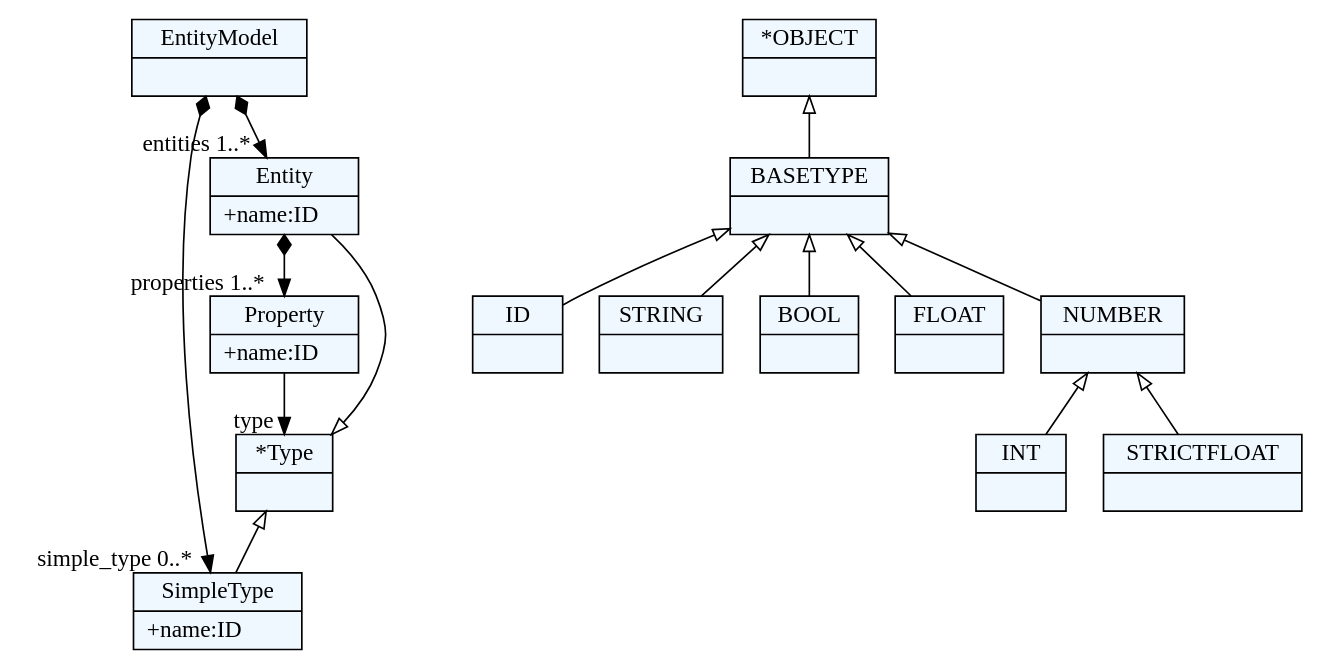
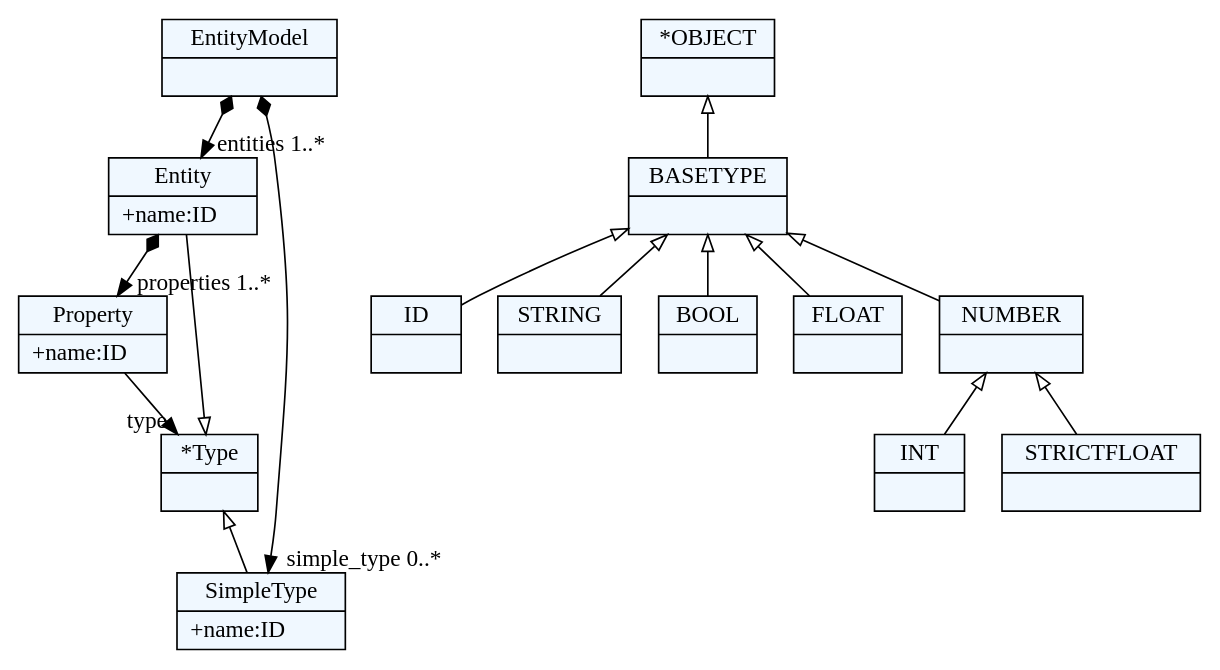
One commit to textX/textX changed the diagram in examples/render_all_grammars/dot/docs_tutorials_entity_entity.dot. Above: the diagram before and after it, drawn with Graphviz. The commit also changed 179 other files, not shown here.

```diff
--- a/examples/render_all_grammars/dot/docs_tutorials_entity_entity.dot
+++ b/examples/render_all_grammars/dot/docs_tutorials_entity_entity.dot
@@ -1,57 +1,59 @@
 
     digraph xtext {
     fontname = "Bitstream Vera Sans"
     fontsize = 8
     node[
         shape=record,
         style=filled,
         fillcolor=aliceblue
     ]
     nodesep = 0.3
     edge[dir=black,arrowtail=empty]
 
 
-35205544 -> 35544584[arrowtail=diamond, dir=both, headlabel="simple_type 0..*"]
-35205544 -> 35133864[arrowtail=diamond, dir=both, headlabel="entities 1..*"]
-35205544[ label="{EntityModel|}"]
+40453224[ label="{EntityModel|}"]
 
-35133864 -> 35294568[arrowtail=diamond, dir=both, headlabel="properties 1..*"]
-35133864[ label="{Entity|+name:ID\l}"]
+39604040[ label="{Entity|+name:ID\l}"]
 
-35294568 -> 35061304[headlabel="type "]
-35294568[ label="{Property|+name:ID\l}"]
+40138344[ label="{Property|+name:ID\l}"]
 
-35061304[ label="{*Type|}"]
-35061304 -> 35544584 [dir=back]
-35061304 -> 35133864 [dir=back]
+40703304[ label="{*Type|}"]
 
-35544584[ label="{SimpleType|+name:ID\l}"]
+40168824[ label="{SimpleType|+name:ID\l}"]
 
-35705000[ label="{ID|}"]
+39836808[ label="{ID|}"]
 
-35628504[ label="{STRING|}"]
+39613784[ label="{STRING|}"]
 
-35037960[ label="{BOOL|}"]
+40186968[ label="{BOOL|}"]
 
-35192056[ label="{INT|}"]
+40791496[ label="{INT|}"]
 
-35067432[ label="{FLOAT|}"]
+40410920[ label="{FLOAT|}"]
 
-35080904[ label="{STRICTFLOAT|}"]
+40369160[ label="{STRICTFLOAT|}"]
 
-34990568[ label="{NUMBER|}"]
-34990568 -> 35080904 [dir=back]
-34990568 -> 35192056 [dir=back]
+40241080[ label="{NUMBER|}"]
 
-35589192[ label="{BASETYPE|}"]
-35589192 -> 34990568 [dir=back]
-35589192 -> 35067432 [dir=back]
-35589192 -> 35037960 [dir=back]
-35589192 -> 35705000 [dir=back]
-35589192 -> 35628504 [dir=back]
+40256632[ label="{BASETYPE|}"]
 
-35182872[ label="{*OBJECT|}"]
-35182872 -> 35589192 [dir=back]
+39840344[ label="{*OBJECT|}"]
 
 
+
+40453224 -> 40168824[arrowtail=diamond, dir=both, headlabel="simple_type 0..*"]
+40453224 -> 39604040[arrowtail=diamond, dir=both, headlabel="entities 1..*"]
+39604040 -> 40138344[arrowtail=diamond, dir=both, headlabel="properties 1..*"]
+40138344 -> 40703304[headlabel="type "]
+40703304 -> 40168824 [dir=back]
+40703304 -> 39604040 [dir=back]
+40241080 -> 40369160 [dir=back]
+40241080 -> 40791496 [dir=back]
+40256632 -> 40241080 [dir=back]
+40256632 -> 40410920 [dir=back]
+40256632 -> 40186968 [dir=back]
+40256632 -> 39836808 [dir=back]
+40256632 -> 39613784 [dir=back]
+39840344 -> 40256632 [dir=back]
+
 }
```
